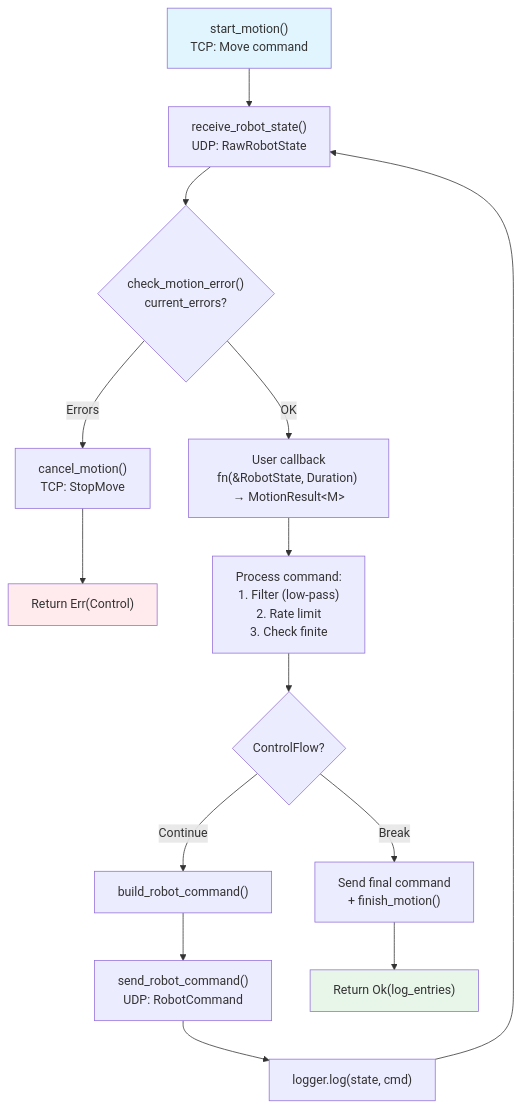
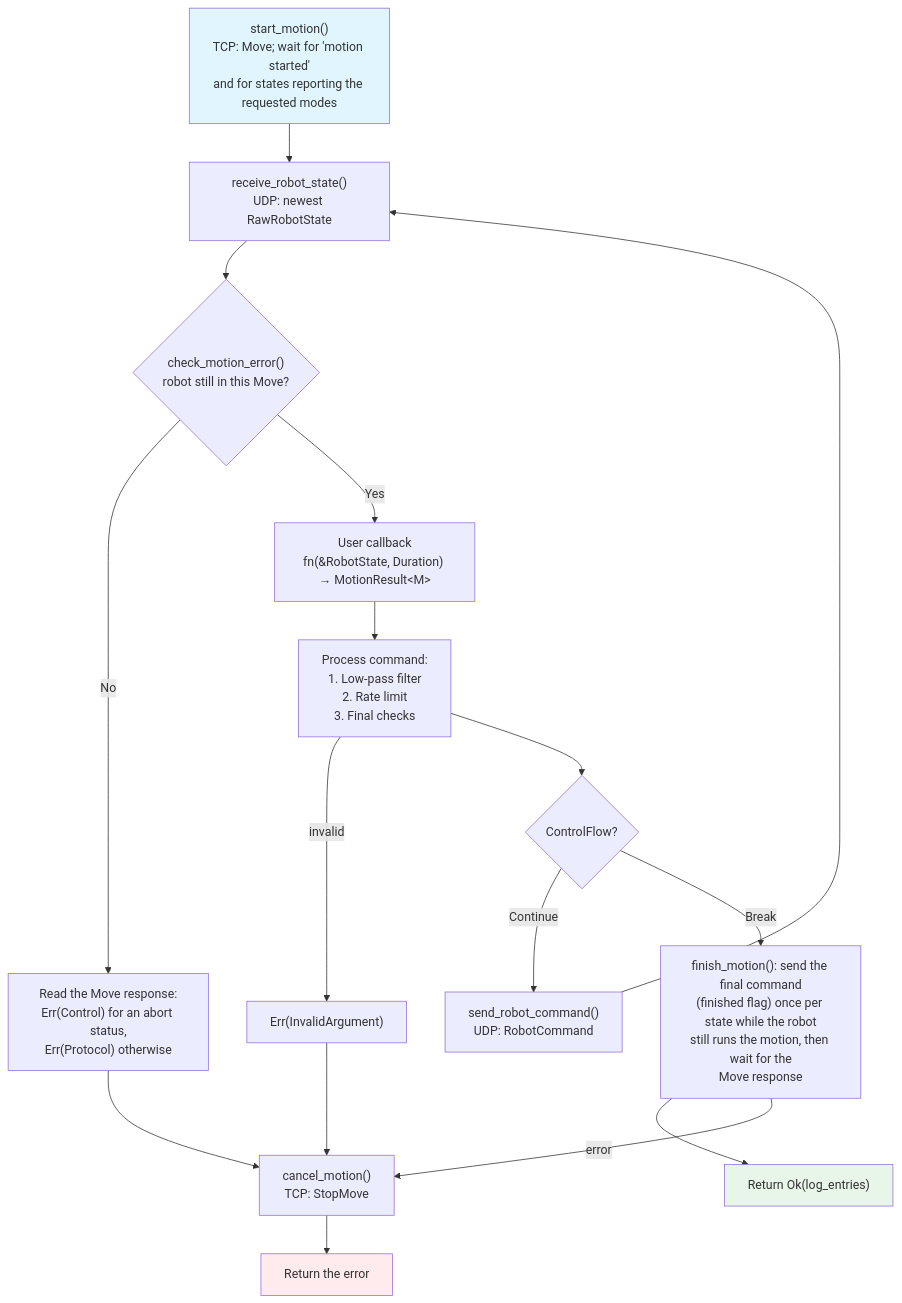
Before and after one commit to ColeTen/franka-rs: the second of 4 diagrams in docs/src/modules/control-loop.md, drawn with Mermaid. The commit also changed other lines of this file and 43 other files, not shown here.

````diff
--- a/docs/src/modules/control-loop.md
+++ b/docs/src/modules/control-loop.md
@@ -42,23 +52,26 @@
 ```mermaid
 flowchart TD
-    START["start_motion()<br/>TCP: Move command"] --> RECV["receive_robot_state()<br/>UDP: RawRobotState"]
-    RECV --> CHECK{"check_motion_error()<br/>current_errors?"}
-    CHECK -->|Errors| CANCEL["cancel_motion()<br/>TCP: StopMove"]
-    CANCEL --> ERR["Return Err(Control)"]
+    START["start_motion()<br/>TCP: Move; wait for 'motion started'<br/>and for states reporting the requested modes"] --> RECV["receive_robot_state()<br/>UDP: newest RawRobotState"]
+    RECV --> CHECK{"check_motion_error()<br/>robot still in this Move?"}
+    CHECK -->|No| RESP["Read the Move response:<br/>Err(Control) for an abort status,<br/>Err(Protocol) otherwise"]
 
-    CHECK -->|OK| CALLBACK["User callback<br/>fn(&RobotState, Duration) → MotionResult&lt;M&gt;"]
-    CALLBACK --> PROCESS["Process command:<br/>1. Filter (low-pass)<br/>2. Rate limit<br/>3. Check finite"]
+    CHECK -->|Yes| CALLBACK["User callback<br/>fn(&RobotState, Duration) → MotionResult&lt;M&gt;"]
+    CALLBACK --> PROCESS["Process command:<br/>1. Low-pass filter<br/>2. Rate limit<br/>3. Final checks"]
+    PROCESS -->|"invalid"| ERRP["Err(InvalidArgument)"]
 
     PROCESS --> FINISHED{"ControlFlow?"}
-    FINISHED -->|Continue| BUILD["build_robot_command()"]
-    BUILD --> SEND["send_robot_command()<br/>UDP: RobotCommand"]
-    SEND --> LOG["logger.log(state, cmd)"]
-    LOG --> RECV
+    FINISHED -->|Continue| SEND["send_robot_command()<br/>UDP: RobotCommand"]
+    SEND --> RECV
 
-    FINISHED -->|Break| FINAL["Send final command<br/>+ finish_motion()"]
+    FINISHED -->|Break| FINAL["finish_motion(): send the final command<br/>(finished flag) once per state while the robot<br/>still runs the motion, then wait for the<br/>Move response"]
     FINAL --> OK["Return Ok(log_entries)"]
+
+    RESP --> CANCEL["cancel_motion()<br/>TCP: StopMove"]
+    ERRP --> CANCEL
+    FINAL -->|"error"| CANCEL
+    CANCEL --> ERR["Return the error"]
 
     style START fill:#e1f5fe
     style ERR fill:#ffebee
     style OK fill:#e8f5e9
 ```
````
